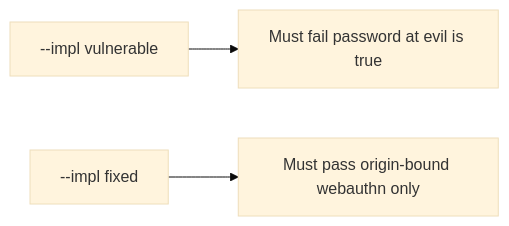
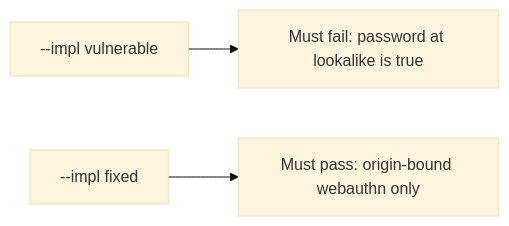
Before and after one commit to ishitvagoel/LearnSecurity: the diagram in content/modules/4/4.2/lessons/05-verify.md, drawn with Mermaid (base theme). The commit also changed other lines of this file and 39 other files, not shown here.

````diff
--- a/content/modules/4/4.2/lessons/05-verify.md
+++ b/content/modules/4/4.2/lessons/05-verify.md
@@ -15,5 +14,5 @@
 ```mermaid
 flowchart LR
-  V["--impl vulnerable"] --> F["Must fail password at evil is true"]
-  X["--impl fixed"] --> P["Must pass origin-bound webauthn only"]
+  V["--impl vulnerable"] --> F["Must fail: password at lookalike is true"]
+  X["--impl fixed"] --> P["Must pass: origin-bound webauthn only"]
 ```
````
